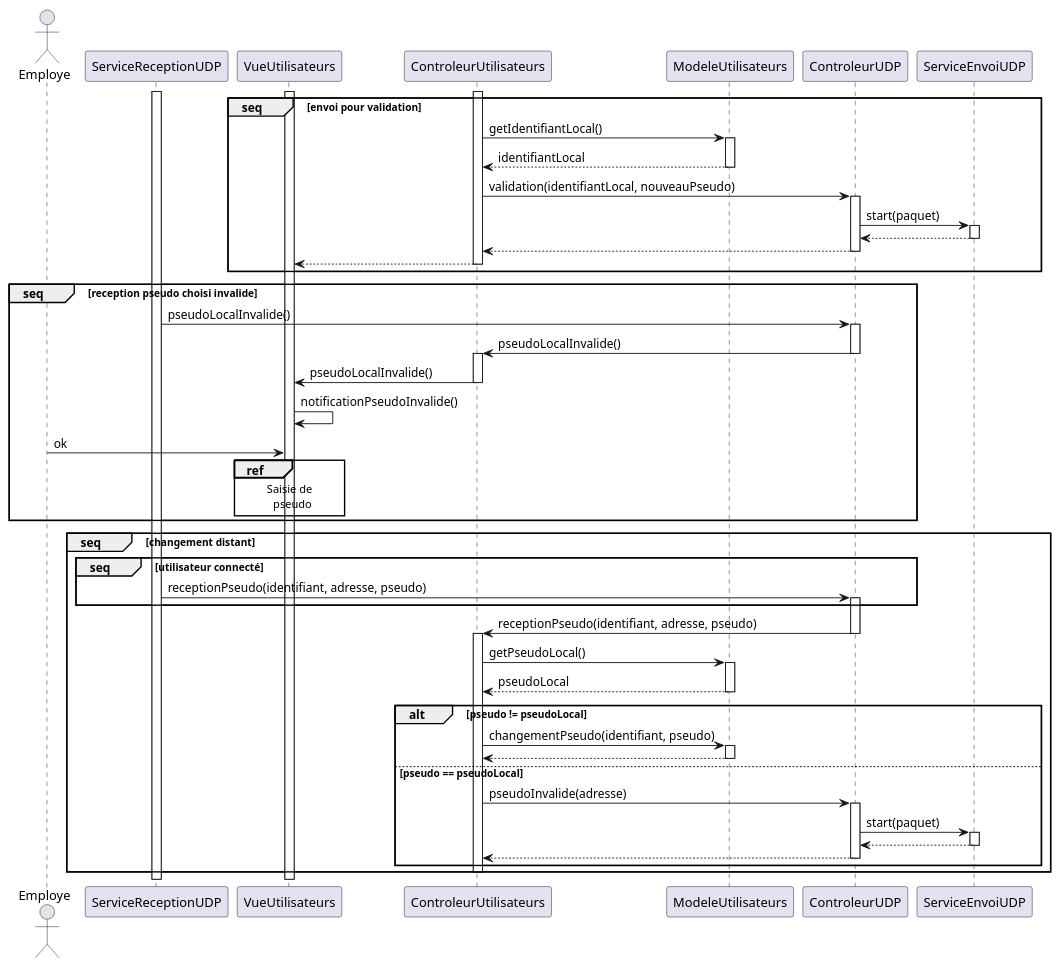
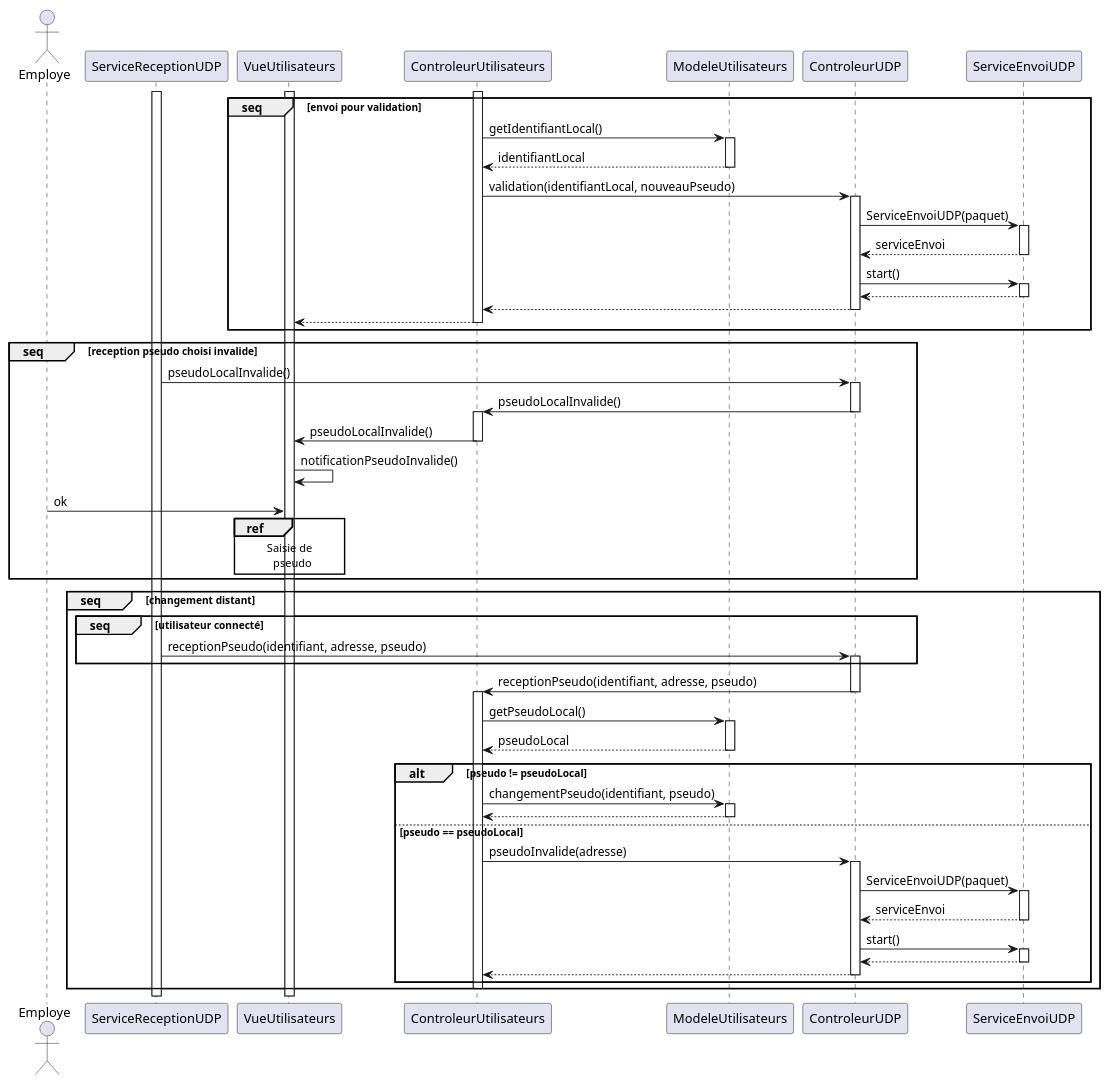
The diagram in sequence/validation_pseudo.wsd (arc-hugo/clavardage_uml), drawn with PlantUML before and after one commit. The commit also changed 5 other files, not shown here.

```diff
--- a/sequence/validation_pseudo.wsd
+++ b/sequence/validation_pseudo.wsd
@@ -1,66 +1,74 @@
 @startuml validation_pseudo
 actor Employe
 activate ServiceReceptionUDP
 activate VueUtilisateurs
 activate ControleurUtilisateurs
 group seq [envoi pour validation]
     ControleurUtilisateurs -> ModeleUtilisateurs : getIdentifiantLocal()
     activate ModeleUtilisateurs
     ModeleUtilisateurs --> ControleurUtilisateurs : identifiantLocal
     deactivate ModeleUtilisateurs
     ControleurUtilisateurs -> ControleurUDP : validation(identifiantLocal, nouveauPseudo)
     activate ControleurUDP
-    ControleurUDP -> ServiceEnvoiUDP : start(paquet)
+    ControleurUDP -> ServiceEnvoiUDP : ServiceEnvoiUDP(paquet)
+    activate ServiceEnvoiUDP
+    ServiceEnvoiUDP --> ControleurUDP : serviceEnvoi
+    deactivate ServiceEnvoiUDP
+    ControleurUDP -> ServiceEnvoiUDP : start()
     activate ServiceEnvoiUDP
     ServiceEnvoiUDP --> ControleurUDP
     deactivate ServiceEnvoiUDP
     ControleurUDP --> ControleurUtilisateurs
     deactivate ControleurUDP
     ControleurUtilisateurs --> VueUtilisateurs
     deactivate ControleurUtilisateurs
 end
 group seq [reception pseudo choisi invalide]
     ServiceReceptionUDP -> ControleurUDP : pseudoLocalInvalide()
     activate ControleurUDP
     ControleurUDP -> ControleurUtilisateurs : pseudoLocalInvalide()
     deactivate ControleurUDP
     activate ControleurUtilisateurs
     ControleurUtilisateurs -> VueUtilisateurs : pseudoLocalInvalide()
     deactivate ControleurUtilisateurs
     VueUtilisateurs -> VueUtilisateurs : notificationPseudoInvalide()
     Employe -> VueUtilisateurs : ok
     ref over VueUtilisateurs
         Saisie de
           pseudo
     end ref
 end
 group seq [changement distant]
     group seq [utilisateur connecté]
         ServiceReceptionUDP -> ControleurUDP : receptionPseudo(identifiant, adresse, pseudo)
         activate ControleurUDP
     end
     ControleurUDP -> ControleurUtilisateurs : receptionPseudo(identifiant, adresse, pseudo)
     deactivate ControleurUDP
     activate ControleurUtilisateurs
     ControleurUtilisateurs -> ModeleUtilisateurs : getPseudoLocal()
     activate ModeleUtilisateurs
     ModeleUtilisateurs --> ControleurUtilisateurs : pseudoLocal
     deactivate ModeleUtilisateurs
     alt pseudo != pseudoLocal
         ControleurUtilisateurs -> ModeleUtilisateurs : changementPseudo(identifiant, pseudo)
         activate ModeleUtilisateurs
         ModeleUtilisateurs --> ControleurUtilisateurs
         deactivate ModeleUtilisateurs
     else pseudo == pseudoLocal
         ControleurUtilisateurs -> ControleurUDP : pseudoInvalide(adresse)
         activate ControleurUDP
-        ControleurUDP -> ServiceEnvoiUDP : start(paquet)
+        ControleurUDP -> ServiceEnvoiUDP : ServiceEnvoiUDP(paquet)
+        activate ServiceEnvoiUDP
+        ServiceEnvoiUDP --> ControleurUDP : serviceEnvoi
+        deactivate ServiceEnvoiUDP
+        ControleurUDP -> ServiceEnvoiUDP : start()
         activate ServiceEnvoiUDP
         ServiceEnvoiUDP --> ControleurUDP
         deactivate ServiceEnvoiUDP
         ControleurUDP --> ControleurUtilisateurs
         deactivate ControleurUDP 
     end
     deactivate ControleurUtilisateurs
 end
 @enduml
```
